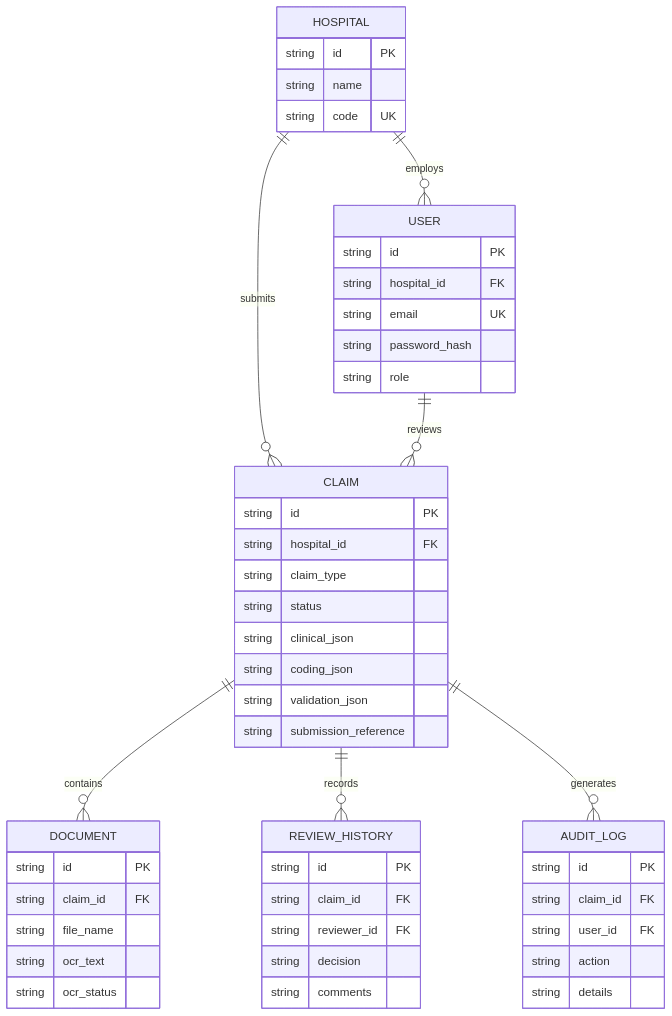
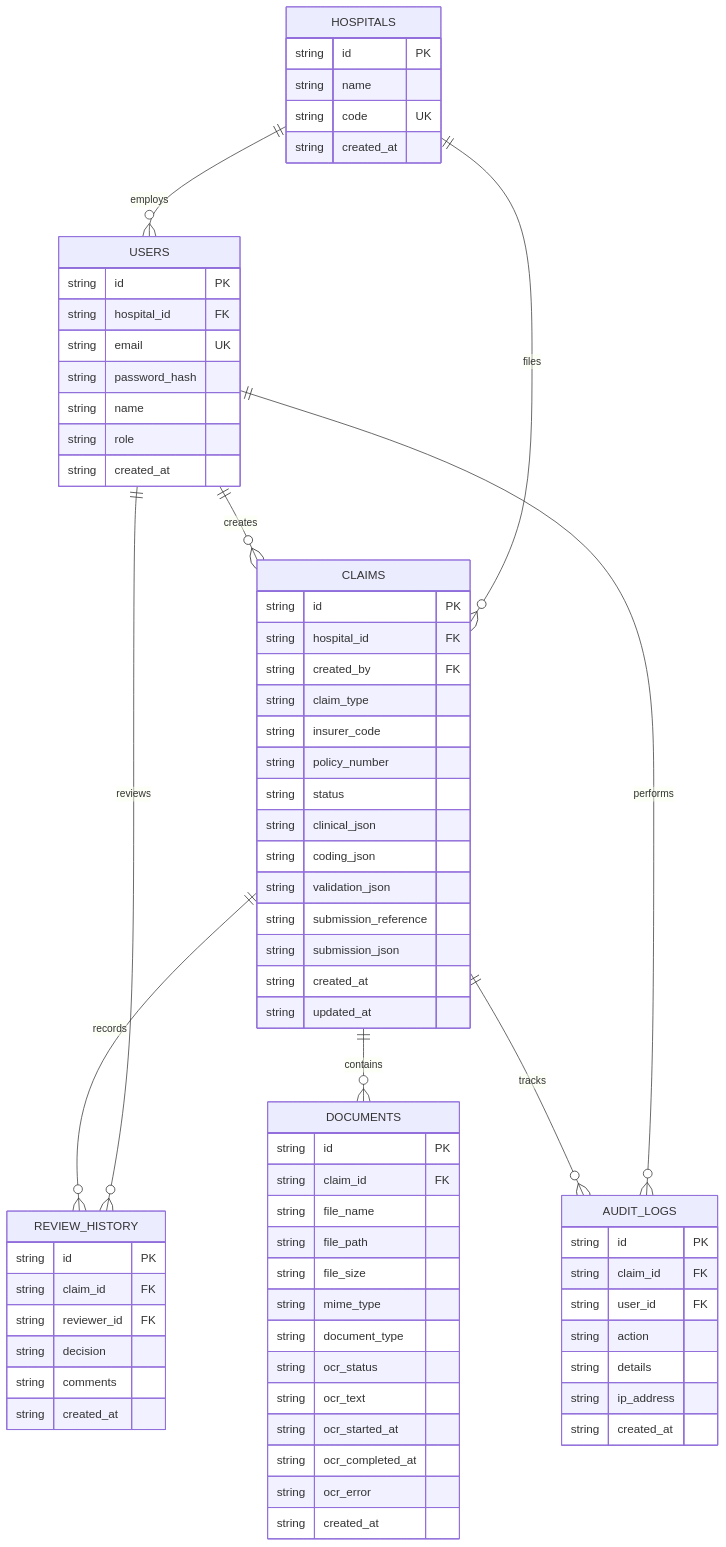
One commit to kik1211/agentic-medclaims-automation changed the fourth of 5 diagrams in docs/ARCHITECTURE.md. Above: the diagram before and after it, drawn with Mermaid. The commit also changed other lines of this file and 30 other files, not shown here.

````diff
--- a/docs/ARCHITECTURE.md
+++ b/docs/ARCHITECTURE.md
@@ -101,58 +162,80 @@
 ```mermaid
 erDiagram
-    HOSPITAL ||--o{ USER : employs
-    HOSPITAL ||--o{ CLAIM : submits
-    USER ||--o{ CLAIM : reviews
-    CLAIM ||--o{ DOCUMENT : contains
-    CLAIM ||--o{ REVIEW_HISTORY : records
-    CLAIM ||--o{ AUDIT_LOG : generates
+    HOSPITALS ||--o{ USERS : employs
+    HOSPITALS ||--o{ CLAIMS : files
+    USERS ||--o{ CLAIMS : creates
+    USERS ||--o{ REVIEW_HISTORY : reviews
+    USERS ||--o{ AUDIT_LOGS : performs
+    CLAIMS ||--o{ DOCUMENTS : contains
+    CLAIMS ||--o{ REVIEW_HISTORY : records
+    CLAIMS ||--o{ AUDIT_LOGS : tracks
 
-    HOSPITAL {
+    HOSPITALS {
         string id PK
         string name
         string code UK
+        string created_at
     }
 
-    USER {
+    USERS {
         string id PK
         string hospital_id FK
         string email UK
         string password_hash
+        string name
         string role
+        string created_at
     }
 
-    CLAIM {
+    CLAIMS {
         string id PK
         string hospital_id FK
+        string created_by FK
         string claim_type
+        string insurer_code
+        string policy_number
         string status
         string clinical_json
         string coding_json
         string validation_json
         string submission_reference
+        string submission_json
+        string created_at
+        string updated_at
     }
 
-    DOCUMENT {
+    DOCUMENTS {
         string id PK
         string claim_id FK
         string file_name
+        string file_path
+        string file_size
+        string mime_type
+        string document_type
+        string ocr_status
         string ocr_text
-        string ocr_status
+        string ocr_started_at
+        string ocr_completed_at
+        string ocr_error
+        string created_at
     }
 
     REVIEW_HISTORY {
         string id PK
         string claim_id FK
         string reviewer_id FK
         string decision
         string comments
+        string created_at
     }
 
-    AUDIT_LOG {
+    AUDIT_LOGS {
         string id PK
         string claim_id FK
         string user_id FK
         string action
         string details
+        string ip_address
+        string created_at
     }
 ```
````
